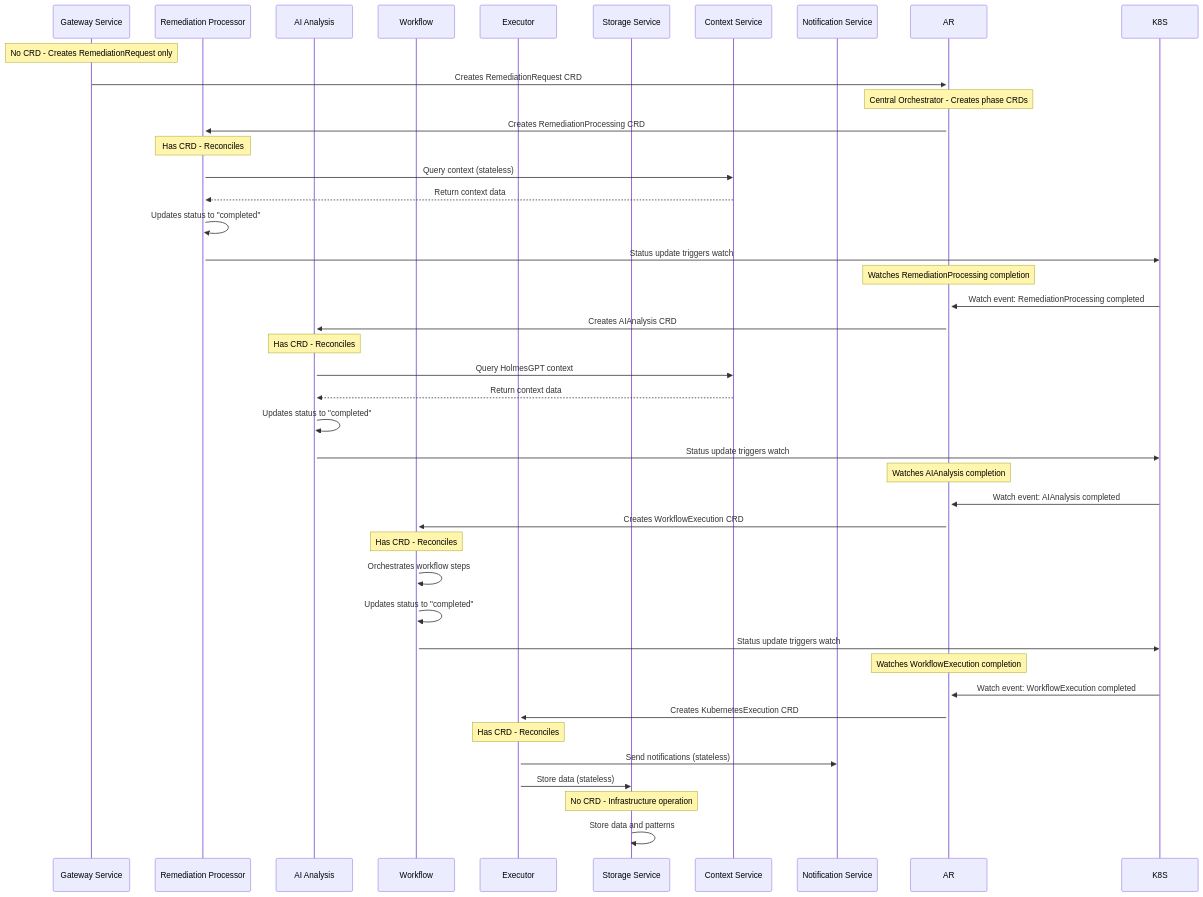
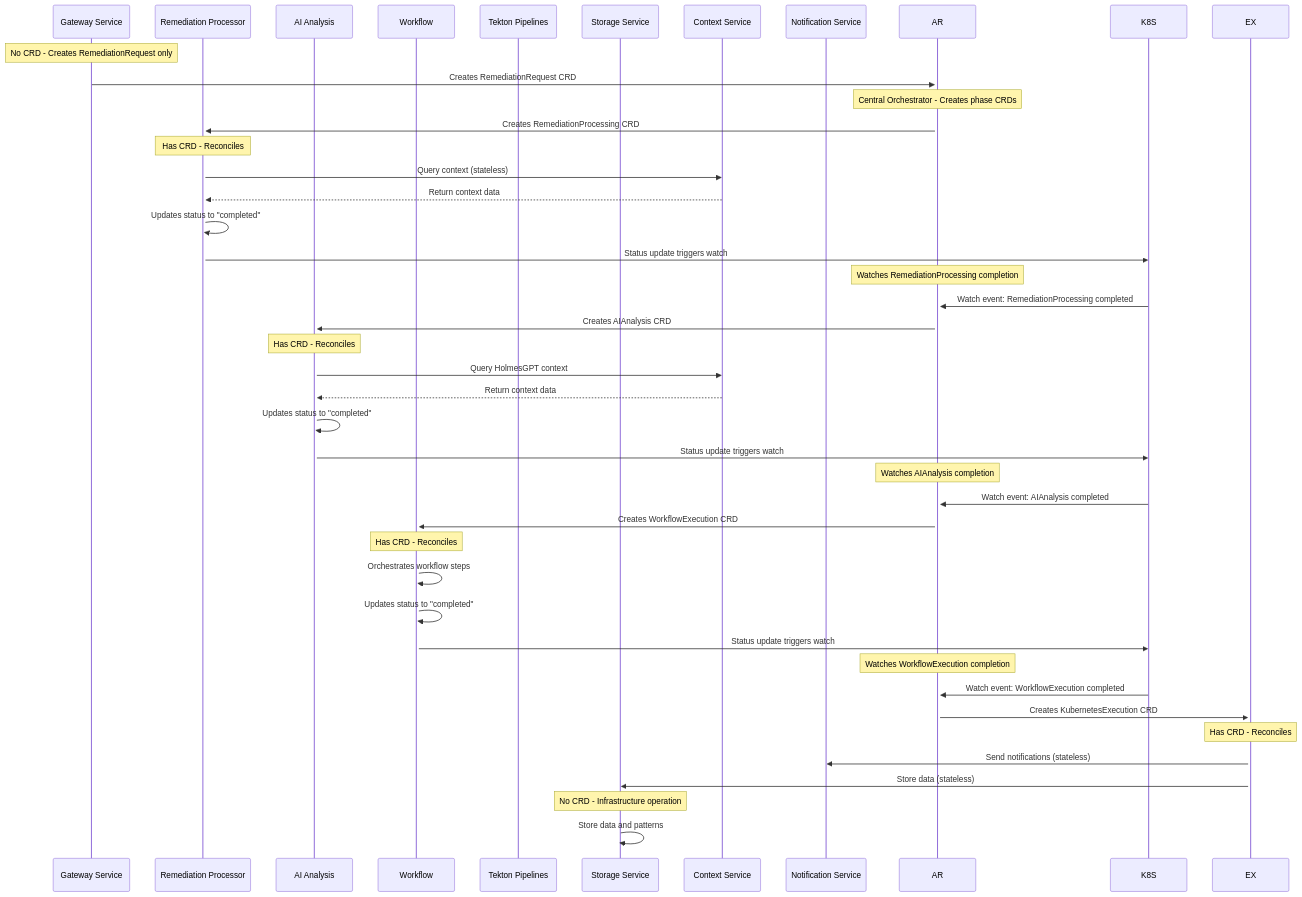
Before and after one commit to jordigilh/kubernaut: the third of 3 diagrams in docs/architecture/MULTI_CRD_RECONCILIATION_ARCHITECTURE.md, drawn with Mermaid. The commit also changed other lines of this file and 1 other file, not shown here.

Commit message:
docs: update MEDIUM priority architecture diagrams to use Tekton Pipelines
Phase 2 (MEDIUM Priority) - Supporting Architecture Documents:
- MULTI_CRD_RECONCILIATION_ARCHITECTURE.md: Updated 2 sequence diagrams
  - Watch Event Flow: Executor Controller → Tekton Pipelines
  - Cross-Service Communication Flow: Executor → Tekton Pipelines
- SERVICE_DEPENDENCY_MAP.md: Updated service dependency diagram
  - Kubernetes Executor → Tekton Pipelines

Rationale: Update supporting architecture docs to align with ADR-023 (Tekton from V1)

Ref: ARCHITECTURE_EXECUTOR_REFERENCES_TRIAGE.md (Phase 2)

````diff
--- a/docs/architecture/MULTI_CRD_RECONCILIATION_ARCHITECTURE.md
+++ b/docs/architecture/MULTI_CRD_RECONCILIATION_ARCHITECTURE.md
@@ -1086,53 +1086,53 @@
 ```mermaid
 sequenceDiagram
     participant GW as Gateway Service
     participant AP as Remediation Processor
     participant AI as AI Analysis
     participant WF as Workflow
-    participant EX as Executor
+    participant TEK as Tekton Pipelines
     participant ST as Storage Service
     participant CTX as Context Service
     participant NOT as Notification Service
 
     Note over GW: No CRD - Creates RemediationRequest only
     GW->>+AR: Creates RemediationRequest CRD
 
     Note over AR: Central Orchestrator - Creates phase CRDs
     AR->>+AP: Creates RemediationProcessing CRD
 
     Note over AP: Has CRD - Reconciles
     AP->>CTX: Query context (stateless)
     CTX-->>AP: Return context data
     AP->>AP: Updates status to "completed"
     AP->>K8S: Status update triggers watch
 
     Note over AR: Watches RemediationProcessing completion
     K8S->>AR: Watch event: RemediationProcessing completed
     AR->>+AI: Creates AIAnalysis CRD
 
     Note over AI: Has CRD - Reconciles
     AI->>CTX: Query HolmesGPT context
     CTX-->>AI: Return context data
     AI->>AI: Updates status to "completed"
     AI->>K8S: Status update triggers watch
 
     Note over AR: Watches AIAnalysis completion
     K8S->>AR: Watch event: AIAnalysis completed
     AR->>+WF: Creates WorkflowExecution CRD
 
     Note over WF: Has CRD - Reconciles
     WF->>WF: Orchestrates workflow steps
     WF->>WF: Updates status to "completed"
     WF->>K8S: Status update triggers watch
 
     Note over AR: Watches WorkflowExecution completion
     K8S->>AR: Watch event: WorkflowExecution completed
     AR->>+EX: Creates KubernetesExecution CRD
 
     Note over EX: Has CRD - Reconciles
     EX->>NOT: Send notifications (stateless)
     EX->>ST: Store data (stateless)
 
     Note over ST: No CRD - Infrastructure operation
     ST->>ST: Store data and patterns
 ```
````
